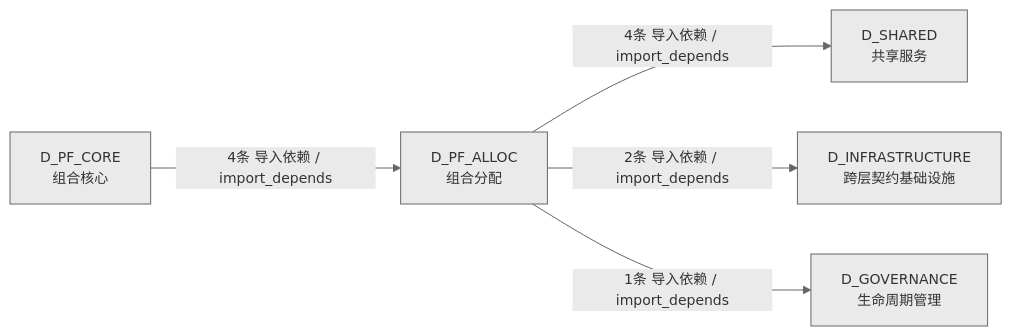
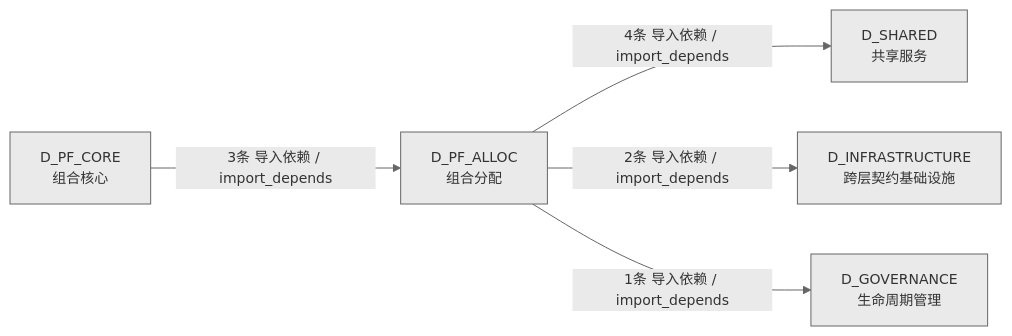
The fourth of 4 diagrams in docs/02_enterprise_architecture/02_domain_architecture_docs/62_d_pf_alloc.md (xuanFelixVan/ZephyrAlpha), drawn with Mermaid before and after one commit. The commit also changed other lines of this file and 46 other files, not shown here.

````diff
--- a/docs/02_enterprise_architecture/02_domain_architecture_docs/62_d_pf_alloc.md
+++ b/docs/02_enterprise_architecture/02_domain_architecture_docs/62_d_pf_alloc.md
@@ -154,13 +154,13 @@
 ```mermaid
 %%{init: {'theme': 'base', 'themeVariables': {'primaryColor': '#eaeaea', 'primaryTextColor': '#333333', 'primaryBorderColor': '#666666', 'lineColor': '#666666', 'secondaryColor': '#eaeaea', 'tertiaryColor': '#eaeaea', 'fontSize': '14px'}}}%%
 graph LR
     D_PF_ALLOC["D_PF_ALLOC<br/>组合分配"]
     D_SHARED["D_SHARED<br/>共享服务"]
     D_INFRASTRUCTURE["D_INFRASTRUCTURE<br/>跨层契约基础设施"]
     D_GOVERNANCE["D_GOVERNANCE<br/>生命周期管理"]
     D_PF_CORE["D_PF_CORE<br/>组合核心"]
     D_PF_ALLOC -->|4条 导入依赖 / import_depends| D_SHARED
     D_PF_ALLOC -->|2条 导入依赖 / import_depends| D_INFRASTRUCTURE
     D_PF_ALLOC -->|1条 导入依赖 / import_depends| D_GOVERNANCE
-    D_PF_CORE -->|4条 导入依赖 / import_depends| D_PF_ALLOC
+    D_PF_CORE -->|3条 导入依赖 / import_depends| D_PF_ALLOC
 ```
````
